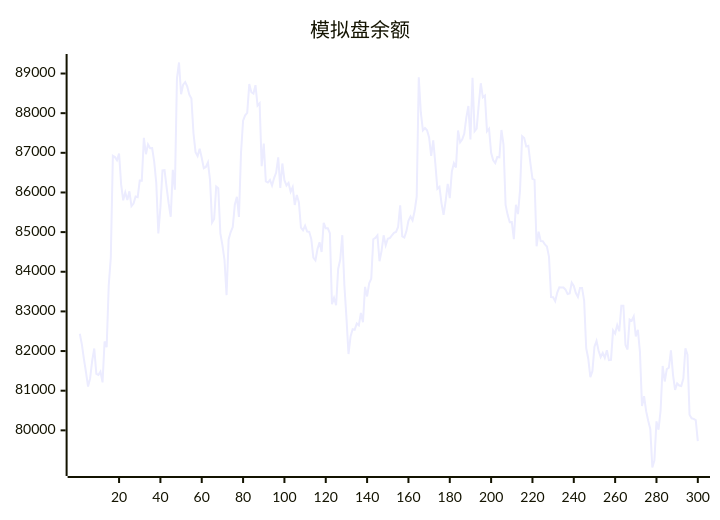
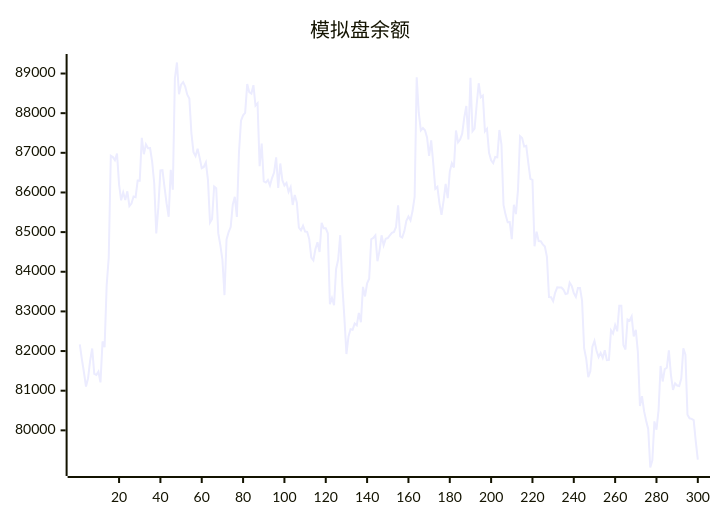
The diagram in README.md (aahl/ai-trading), drawn with Mermaid before and after one commit. The commit also changed other lines of this file and 1 other file, not shown here.

````diff
--- a/README.md
+++ b/README.md
@@ -5,5 +5,5 @@
 ```mermaid
 xychart
     title "模拟盘余额"
-    line [82438,82167,81795,81466,81105,81315,81756,82064,81426,81398,81481,81210,82242,82099,83658,84359,86925,86892,86814,86980,86203,85802,86003,85811,86028,85657,85721,85896,85880,86300,86299,87378,86965,87214,87115,87118,86780,86238,84966,85623,86555,86562,86129,85722,85387,86569,86070,88870,89278,88477,88720,88781,88668,88467,88372,87493,87018,86917,87102,86870,86613,86644,86758,86317,85242,85334,86149,86106,84968,84671,84302,83410,84816,85001,85127,85693,85891,85384,87001,87811,87945,88007,88734,88528,88495,88705,88189,88248,86662,87234,86279,86251,86314,86177,86364,86503,86886,86114,86731,86310,86176,86240,86017,86136,85685,85938,85749,85111,85044,85164,85016,85008,84824,84354,84287,84572,84745,84500,85234,85096,85095,84970,83180,83338,83157,84070,84309,84922,83667,82850,81924,82369,82552,82539,82695,82648,82962,82728,83619,83378,83710,83825,84819,84854,84917,84265,84527,84919,84668,84834,84850,84916,84981,85004,85131,85674,84891,84864,85019,85284,85393,85294,85538,85894,88904,88012,87567,87625,87568,87386,86920,87313,86737,86094,86143,85725,85437,85787,86219,85859,86526,86740,86630,87563,87264,87335,87483,87886,88180,87335,88894,87544,87608,88207,88755,88401,88444,87543,87608,87000,86810,86740,86894,86884,87576,87209,85686,85435,85251,85255,84820,85689,85453,86066,87420,87373,87161,87178,86740,86341,86315,84643,85012,84772,84768,84690,84635,84376,83360,83357,83259,83474,83608,83606,83602,83548,83440,83454,83724,83644,83464,83365,83590,83592,83275,82072,81806,81344,81492,82109,82254,82006,81848,81955,81829,82022,81769,81776,82522,82441,82656,82498,83144,83144,82150,82038,82797,82763,82872,82367,82536,81981,80612,80862,80484,80242,80034,79063,79245,80226,80016,80507,81625,81233,81544,81578,82016,81401,81019,81186,81130,81118,81306,82066,81909,80392,80304,80291,80258,79729]
+    line [82167,81795,81466,81105,81315,81756,82064,81426,81398,81481,81210,82242,82099,83658,84359,86925,86892,86814,86980,86203,85802,86003,85811,86028,85657,85721,85896,85880,86300,86299,87378,86965,87214,87115,87118,86780,86238,84966,85623,86555,86562,86129,85722,85387,86569,86070,88870,89278,88477,88720,88781,88668,88467,88372,87493,87018,86917,87102,86870,86613,86644,86758,86317,85242,85334,86149,86106,84968,84671,84302,83410,84816,85001,85127,85693,85891,85384,87001,87811,87945,88007,88734,88528,88495,88705,88189,88248,86662,87234,86279,86251,86314,86177,86364,86503,86886,86114,86731,86310,86176,86240,86017,86136,85685,85938,85749,85111,85044,85164,85016,85008,84824,84354,84287,84572,84745,84500,85234,85096,85095,84970,83180,83338,83157,84070,84309,84922,83667,82850,81924,82369,82552,82539,82695,82648,82962,82728,83619,83378,83710,83825,84819,84854,84917,84265,84527,84919,84668,84834,84850,84916,84981,85004,85131,85674,84891,84864,85019,85284,85393,85294,85538,85894,88904,88012,87567,87625,87568,87386,86920,87313,86737,86094,86143,85725,85437,85787,86219,85859,86526,86740,86630,87563,87264,87335,87483,87886,88180,87335,88894,87544,87608,88207,88755,88401,88444,87543,87608,87000,86810,86740,86894,86884,87576,87209,85686,85435,85251,85255,84820,85689,85453,86066,87420,87373,87161,87178,86740,86341,86315,84643,85012,84772,84768,84690,84635,84376,83360,83357,83259,83474,83608,83606,83602,83548,83440,83454,83724,83644,83464,83365,83590,83592,83275,82072,81806,81344,81492,82109,82254,82006,81848,81955,81829,82022,81769,81776,82522,82441,82656,82498,83144,83144,82150,82038,82797,82763,82872,82367,82536,81981,80612,80862,80484,80242,80034,79063,79245,80226,80016,80507,81625,81233,81544,81578,82016,81401,81019,81186,81130,81118,81306,82066,81909,80392,80304,80291,80258,79729,79261]
 ```
````
